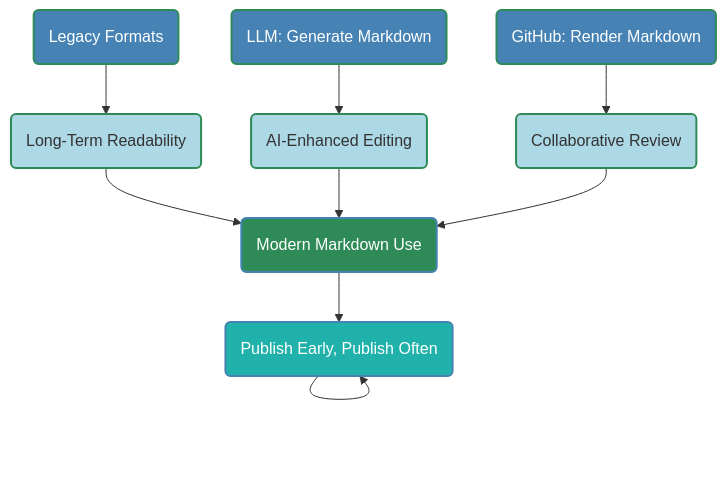
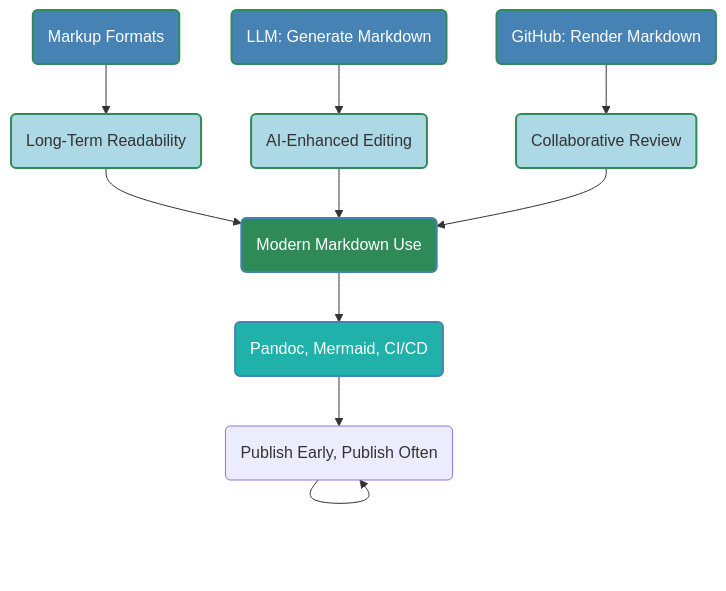
The second of 8 diagrams in README.md (buckeye43210/markdown-to-snowkb), drawn with Mermaid before and after one commit. The commit also changed other lines of this file, not shown here.

````diff
--- a/README.md
+++ b/README.md
@@ -56,20 +89,21 @@
 ```mermaid
 graph TD
-    A(Legacy Formats)          --> B(Long-Term Readability)
+    A(Markup Formats)          --> B(Long-Term Readability)
     C(LLM: Generate Markdown)  --> D(AI-Enhanced Editing)
     E(GitHub: Render Markdown) --> F(Collaborative Review)
     B --> G(Modern Markdown Use)
     D --> G
     F --> G
-    G --> H(Publish Early, Publish Often)
-    H --> H
+    G --> H(Pandoc, Mermaid, CI/CD)
+    H --> I(Publish Early, Publish Often)
+    I --> I
     
     style A fill:#4682B4,stroke:#2E8B57,stroke-width:2px,color:#FFFFFF
     style B fill:#ADD8E6,stroke:#2E8B57,stroke-width:2px
     style C fill:#4682B4,stroke:#2E8B57,stroke-width:2px,color:#FFFFFF
     style D fill:#ADD8E6,stroke:#2E8B57,stroke-width:2px
     style E fill:#4682B4,stroke:#2E8B57,stroke-width:2px,color:#FFFFFF
     style F fill:#ADD8E6,stroke:#2E8B57,stroke-width:2px
     style G fill:#2E8B57,stroke:#4682B4,stroke-width:2px,color:#FFFFFF
     style H fill:#20B2AA,stroke:#4682B4,stroke-width:2px,color:#FFFFFF
 ```
````
